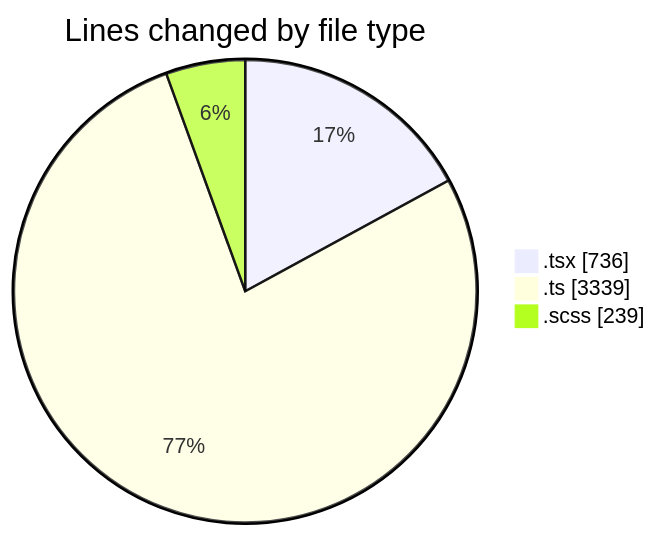
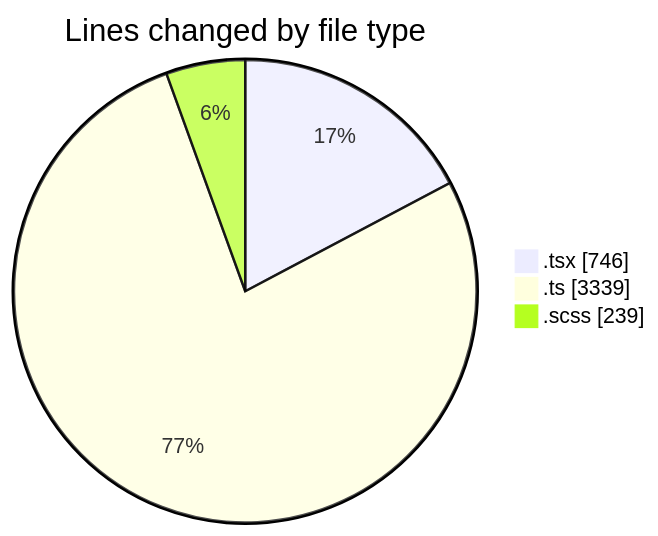
The first of 2 diagrams in 2025-09-17/cda/README.md (momahboobian/code-tracking), drawn with Mermaid before and after one commit. The commit also changed other lines of this file and 1 other file, not shown here.

````diff
--- a/2025-09-17/cda/README.md
+++ b/2025-09-17/cda/README.md
@@ -25,7 +25,7 @@
 ```mermaid
 pie showData
 title Lines changed by file type
-".tsx" : 736
+".tsx" : 746
 ".ts" : 3339
 ".scss" : 239
 ```
````
